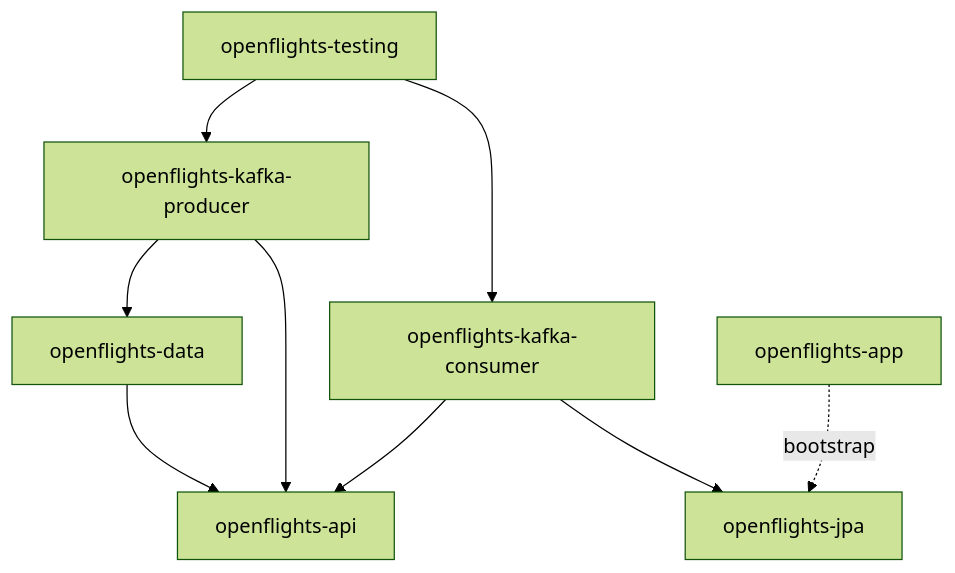
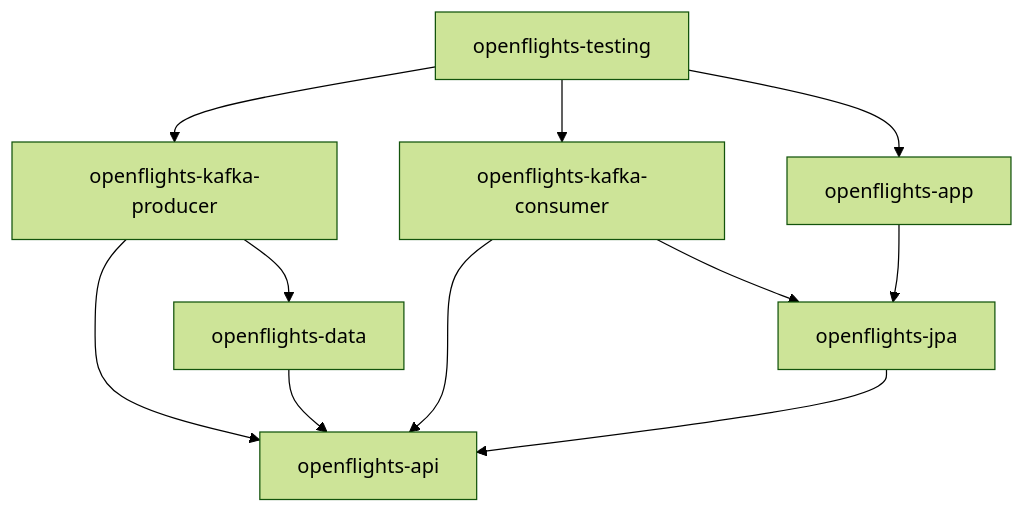
The second of 6 diagrams in openflights/ARCHITECTURE.md (nklip/JavaCraft), drawn with Mermaid (forest theme) before and after one commit. The commit also changed other lines of this file and 1 other file, not shown here.

Commit message:
openflights -> update documentation

````diff
--- a/openflights/ARCHITECTURE.md
+++ b/openflights/ARCHITECTURE.md
@@ -47,19 +84,21 @@
 ```mermaid
 graph TD
+    api["openflights-api"]
     data["openflights-data"]
-    api["openflights-api"]
+    jpa["openflights-jpa"]
     producer["openflights-kafka-producer"]
     consumer["openflights-kafka-consumer"]
-    jpa["openflights-jpa"]
     app["openflights-app"]
     testing["openflights-testing"]
 
     data --> api
+    jpa --> api
     producer --> api
     producer --> data
     consumer --> api
     consumer --> jpa
-    app -. bootstrap .-> jpa
+    app --> jpa
     testing --> producer
     testing --> consumer
+    testing --> app
 ```
````
